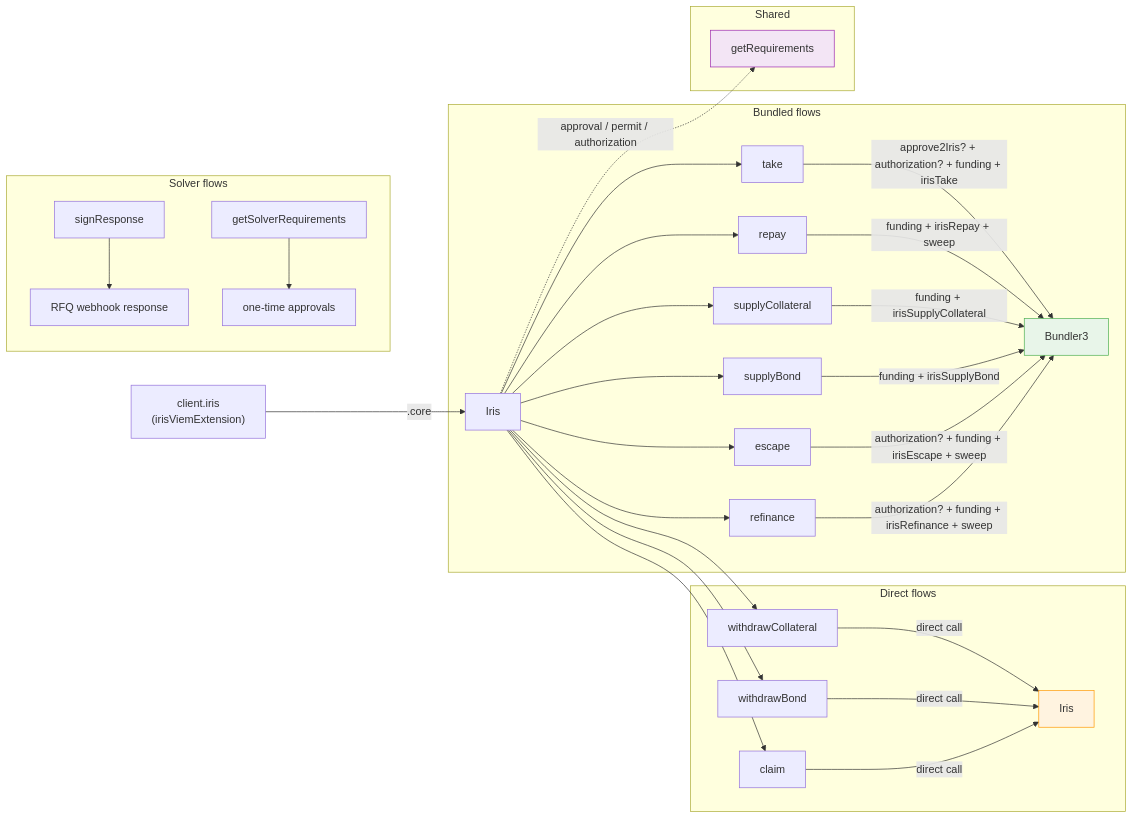
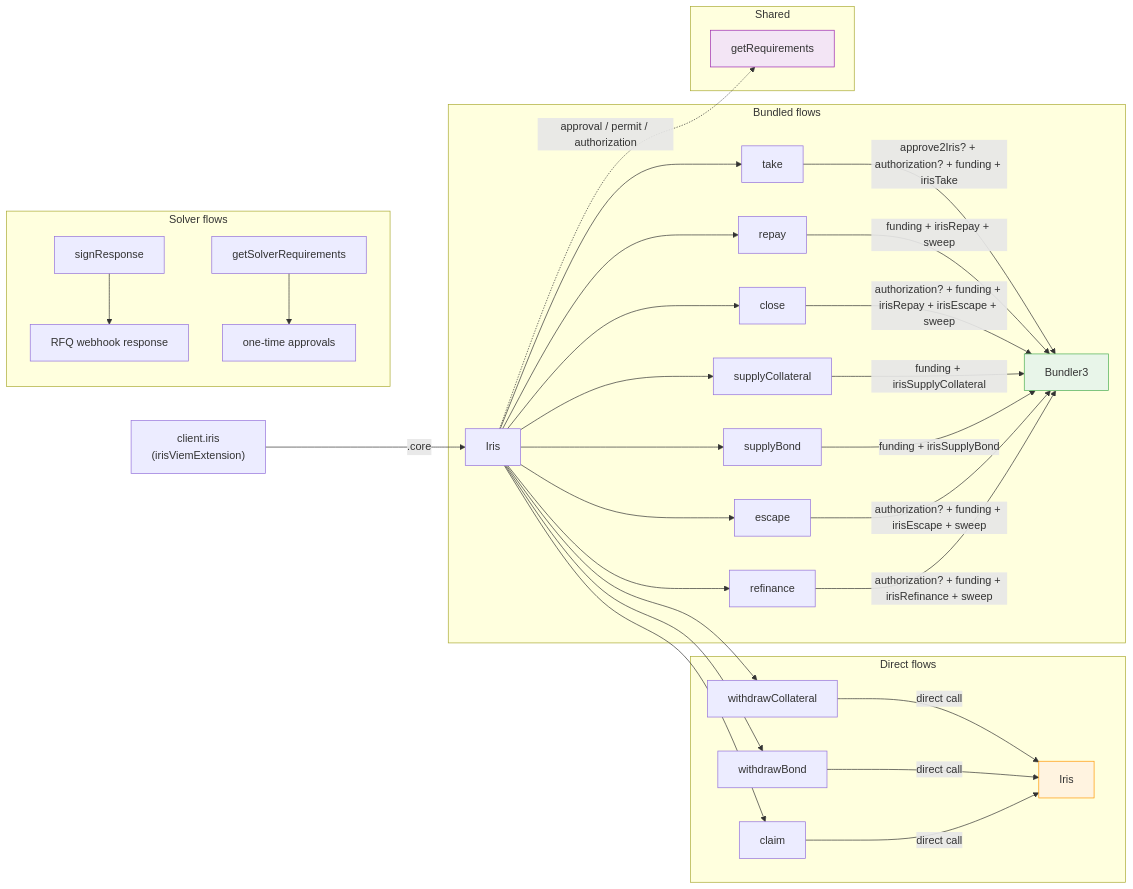
The diagram in packages/iris-sdk/README.md (iris-credit/iris-sdks), drawn with Mermaid before and after one commit. The commit also changed other lines of this file, not shown here.

Commit message:
docs(iris-sdk): document the close flow in the README

````diff
--- a/packages/iris-sdk/README.md
+++ b/packages/iris-sdk/README.md
@@ -363,47 +380,49 @@
 ```mermaid
 graph LR
     IC["client.iris<br/>(irisViemExtension)"]
 
     IC -->|.core| IE[Iris]
 
     subgraph Bundled flows
         IE --> T[take]
         IE --> R[repay]
+        IE --> CL[close]
         IE --> SC[supplyCollateral]
         IE --> SB[supplyBond]
         IE --> E[escape]
         IE --> RF[refinance]
 
         T -->|approve2Iris? + authorization? + funding + irisTake| B[Bundler3]
         R -->|funding + irisRepay + sweep| B
+        CL -->|authorization? + funding + irisRepay + irisEscape + sweep| B
         SC -->|funding + irisSupplyCollateral| B
         SB -->|funding + irisSupplyBond| B
         E -->|authorization? + funding + irisEscape + sweep| B
         RF -->|authorization? + funding + irisRefinance + sweep| B
     end
 
     subgraph Direct flows
         IE --> WC[withdrawCollateral]
         IE --> WB[withdrawBond]
         IE --> C[claim]
 
         WC -->|direct call| I[Iris]
         WB -->|direct call| I
         C -->|direct call| I
     end
 
     subgraph Solver flows
         SR[signResponse] --> RFQ[RFQ webhook response]
         GSR[getSolverRequirements] --> AP[one-time approvals]
     end
 
     subgraph Shared
         REQ[getRequirements]
     end
 
     IE -.->|approval / permit / authorization| REQ
 
     style B fill:#e8f5e9,stroke:#4caf50
     style I fill:#fff3e0,stroke:#ff9800
     style REQ fill:#f3e5f5,stroke:#9c27b0
 ```
````
